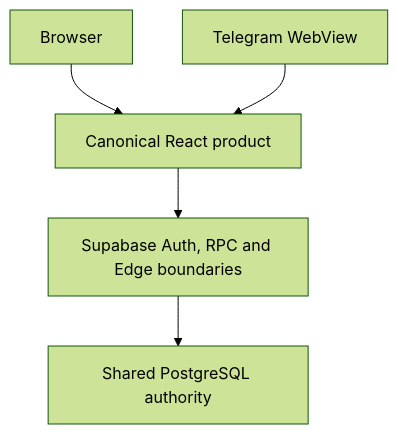
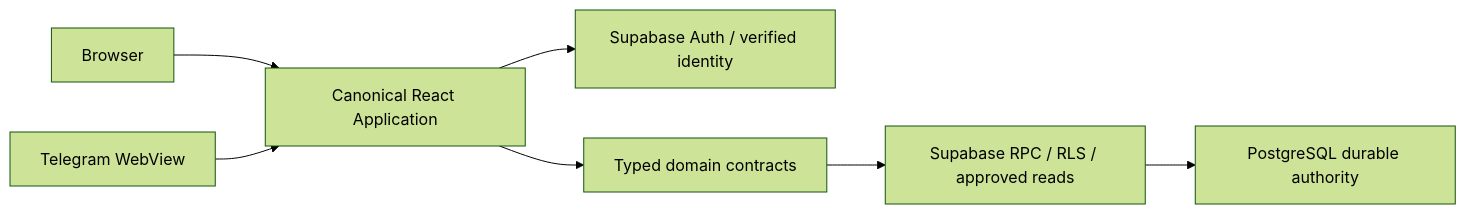
The first of 7 diagrams in structure.md (funmarket/KRISTOUSCHOOL), drawn with Mermaid (forest theme) before and after one commit. The commit also changed other lines of this file, not shown here.

Commit message:
docs(architecture): define clean domain ownership structure

````diff
--- a/structure.md
+++ b/structure.md
@@ -48,7 +68,9 @@
-```mermaid
-flowchart TB
-  B["Browser"] --> UI["Canonical React product"]
-  T["Telegram WebView"] --> UI
-  UI --> API["Supabase Auth, RPC and Edge boundaries"]
-  API --> DB["Shared PostgreSQL authority"]
-```
+~~~mermaid
+flowchart LR
+  WEB["Browser"] --> APP["Canonical React Application"]
+  TG["Telegram WebView"] --> APP
+  APP --> AUTH["Supabase Auth / verified identity"]
+  APP --> CONTRACTS["Typed domain contracts"]
+  CONTRACTS --> SUPA["Supabase RPC / RLS / approved reads"]
+  SUPA --> DB["PostgreSQL durable authority"]
+~~~
````
